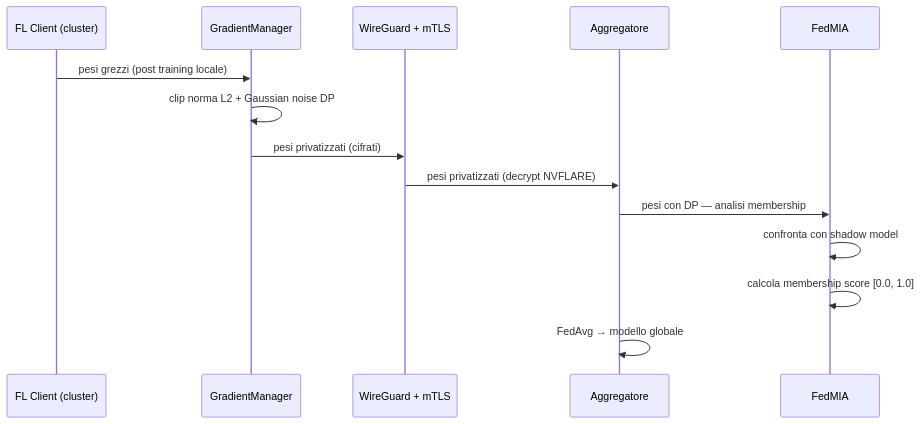
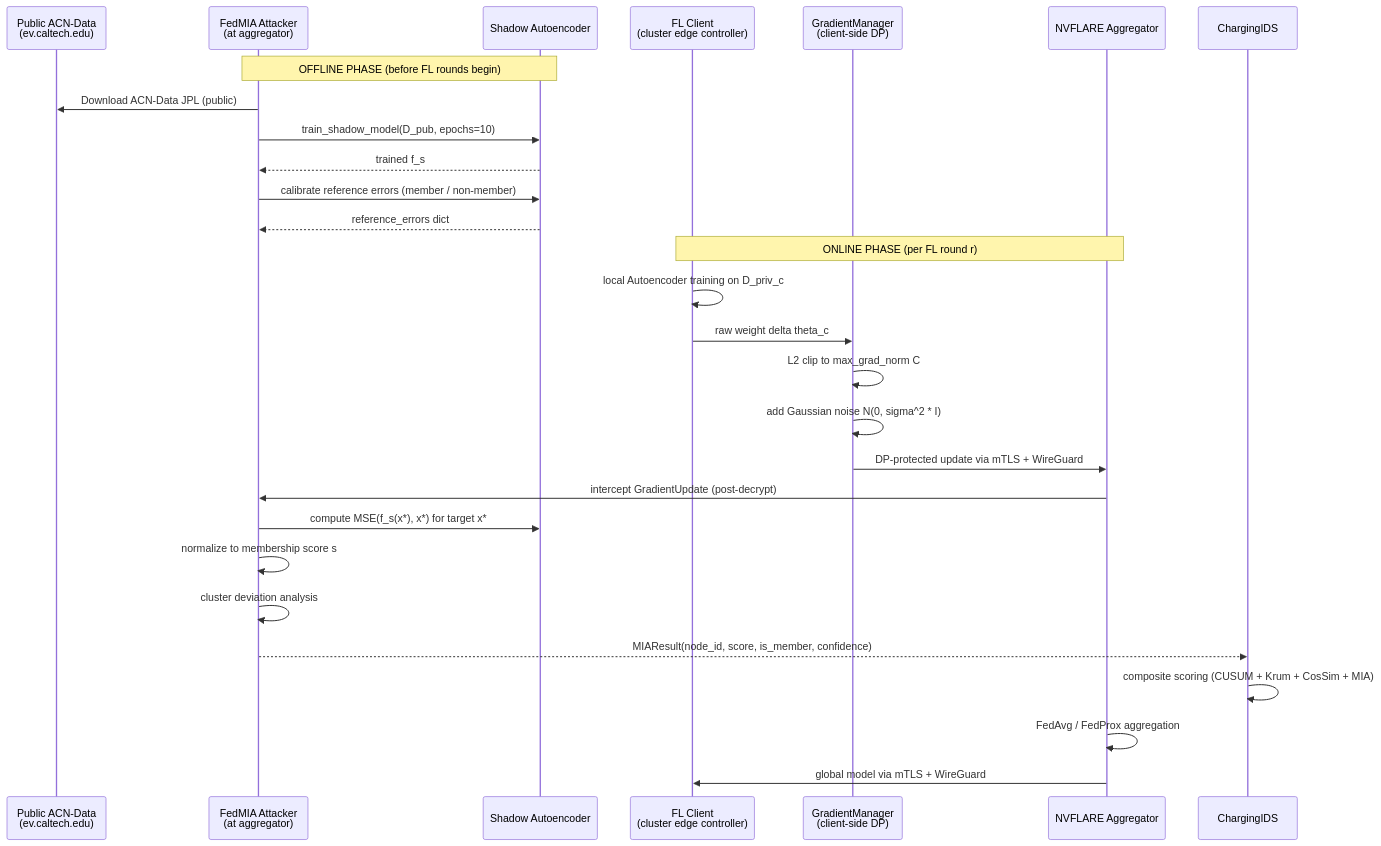
One commit to susetta85/ChargeShield-FL changed the second of 2 diagrams in docs/ThreatModel.md. Above: the diagram before and after it, drawn with Mermaid. The commit also changed other lines of this file and 12 other files, not shown here.

````diff
--- a/docs/ThreatModel.md
+++ b/docs/ThreatModel.md
@@ -95,17 +432,32 @@
 ```mermaid
 sequenceDiagram
-    participant C as FL Client (cluster)
-    participant GM as GradientManager
-    participant NET as WireGuard + mTLS
-    participant AGG as Aggregatore
-    participant MIA as FedMIA
+    participant PUB as Public ACN-Data<br/>(ev.caltech.edu)
+    participant ATK as FedMIA Attacker<br/>(at aggregator)
+    participant SHADOW as Shadow Autoencoder
+    participant C as FL Client<br/>(cluster edge controller)
+    participant GM as GradientManager<br/>(client-side DP)
+    participant AGG as NVFLARE Aggregator
+    participant IDS as ChargingIDS
 
-    C->>GM: pesi grezzi (post training locale)
-    GM->>GM: clip norma L2 + Gaussian noise DP
-    GM->>NET: pesi privatizzati (cifrati)
-    NET->>AGG: pesi privatizzati (decrypt NVFLARE)
-    AGG->>MIA: pesi con DP — analisi membership
-    MIA->>MIA: confronta con shadow model
-    MIA->>MIA: calcola membership score [0.0, 1.0]
-    AGG->>AGG: FedAvg → modello globale
+    Note over ATK,SHADOW: OFFLINE PHASE (before FL rounds begin)
+    ATK->>PUB: Download ACN-Data JPL (public)
+    ATK->>SHADOW: train_shadow_model(D_pub, epochs=10)
+    SHADOW-->>ATK: trained f_s
+    ATK->>SHADOW: calibrate reference errors (member / non-member)
+    SHADOW-->>ATK: reference_errors dict
+
+    Note over C,AGG: ONLINE PHASE (per FL round r)
+    C->>C: local Autoencoder training on D_priv_c
+    C->>GM: raw weight delta theta_c
+    GM->>GM: L2 clip to max_grad_norm C
+    GM->>GM: add Gaussian noise N(0, sigma^2 * I)
+    GM->>AGG: DP-protected update via mTLS + WireGuard
+    AGG->>ATK: intercept GradientUpdate (post-decrypt)
+    ATK->>SHADOW: compute MSE(f_s(x*), x*) for target x*
+    ATK->>ATK: normalize to membership score s
+    ATK->>ATK: cluster deviation analysis
+    ATK-->>IDS: MIAResult(node_id, score, is_member, confidence)
+    IDS->>IDS: composite scoring (CUSUM + Krum + CosSim + MIA)
+    AGG->>AGG: FedAvg / FedProx aggregation
+    AGG->>C: global model via mTLS + WireGuard
 ```
````
